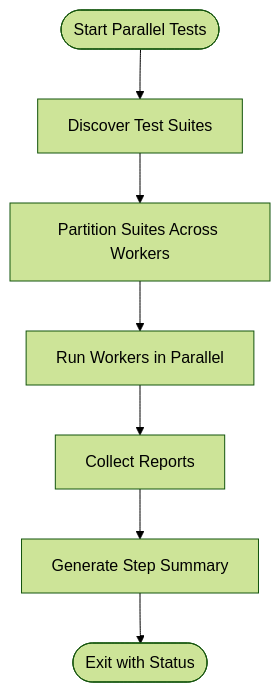
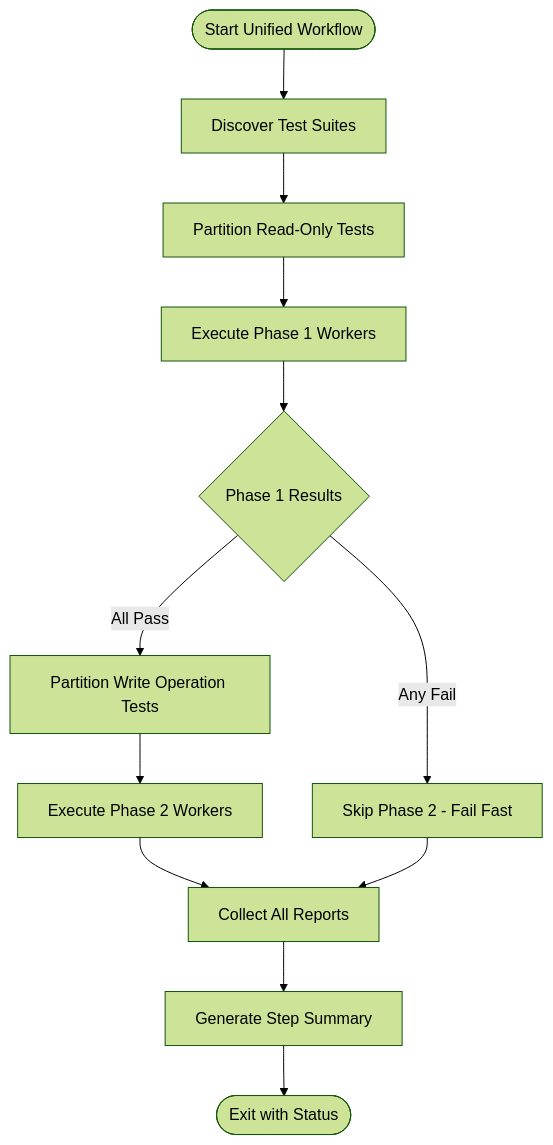
Before and after one commit to debian777/kairos-mcp: the fourth of 12 diagrams in .qoder/repowiki/en/content/Testing and Quality Assurance/Continuous Integration and Automation.md, drawn with Mermaid (forest theme). The commit also changed other lines of this file and 7 other files, not shown here.

````diff
--- a/.qoder/repowiki/en/content/Testing and Quality Assurance/Continuous Integration and Automation.md
+++ b/.qoder/repowiki/en/content/Testing and Quality Assurance/Continuous Integration and Automation.md
@@ -278,9 +300,14 @@
 ```mermaid
 flowchart TD
-Start(["Start Parallel Tests"]) --> Discover["Discover Test Suites"]
-Discover --> Partition["Partition Suites Across Workers"]
-Partition --> RunWorkers["Run Workers in Parallel"]
-RunWorkers --> Collect["Collect Reports"]
+Start(["Start Unified Workflow"]) --> Discover["Discover Test Suites"]
+Discover --> Phase1Partition["Partition Read-Only Tests"]
+Phase1Partition --> RunPhase1["Execute Phase 1 Workers"]
+RunPhase1 --> CheckResults{"Phase 1 Results"}
+CheckResults --> |All Pass| Phase2Partition["Partition Write Operation Tests"]
+CheckResults --> |Any Fail| SkipPhase2["Skip Phase 2 - Fail Fast"]
+Phase2Partition --> RunPhase2["Execute Phase 2 Workers"]
+RunPhase2 --> Collect["Collect All Reports"]
+SkipPhase2 --> Collect
 Collect --> Summarize["Generate Step Summary"]
 Summarize --> End(["Exit with Status"])
 ```
````
